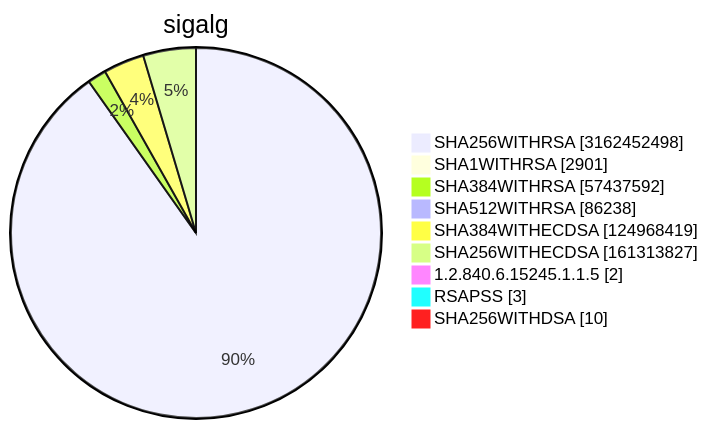
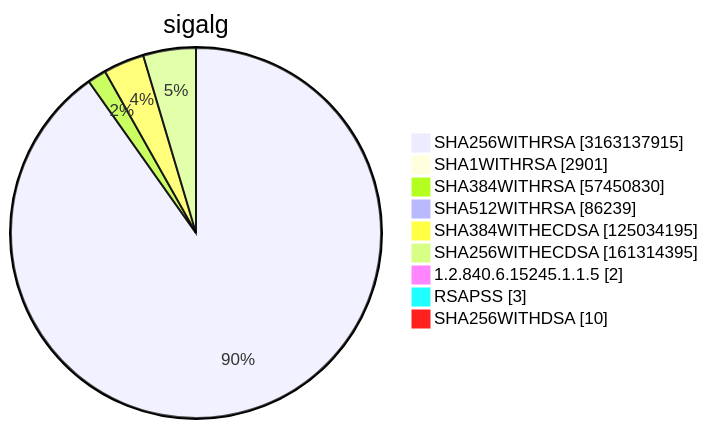
Diagram 15 of 15 in TOTAL/README.md (christiankrug/ctmonitor_visualization), drawn with Mermaid before and after one commit. The commit also changed other lines of this file, not shown here.

````diff
--- a/TOTAL/README.md
+++ b/TOTAL/README.md
@@ -6215,13 +6215,13 @@
 ```mermaid
 pie showData
 title sigalg
-"SHA256WITHRSA" :3162452498
+"SHA256WITHRSA" :3163137915
 "SHA1WITHRSA" :2901
-"SHA384WITHRSA" :57437592
-"SHA512WITHRSA" :86238
-"SHA384WITHECDSA" :124968419
-"SHA256WITHECDSA" :161313827
+"SHA384WITHRSA" :57450830
+"SHA512WITHRSA" :86239
+"SHA384WITHECDSA" :125034195
+"SHA256WITHECDSA" :161314395
 "1.2.840.6.15245.1.1.5" :2
 "RSAPSS" :3
 "SHA256WITHDSA" :10
 ```
````
